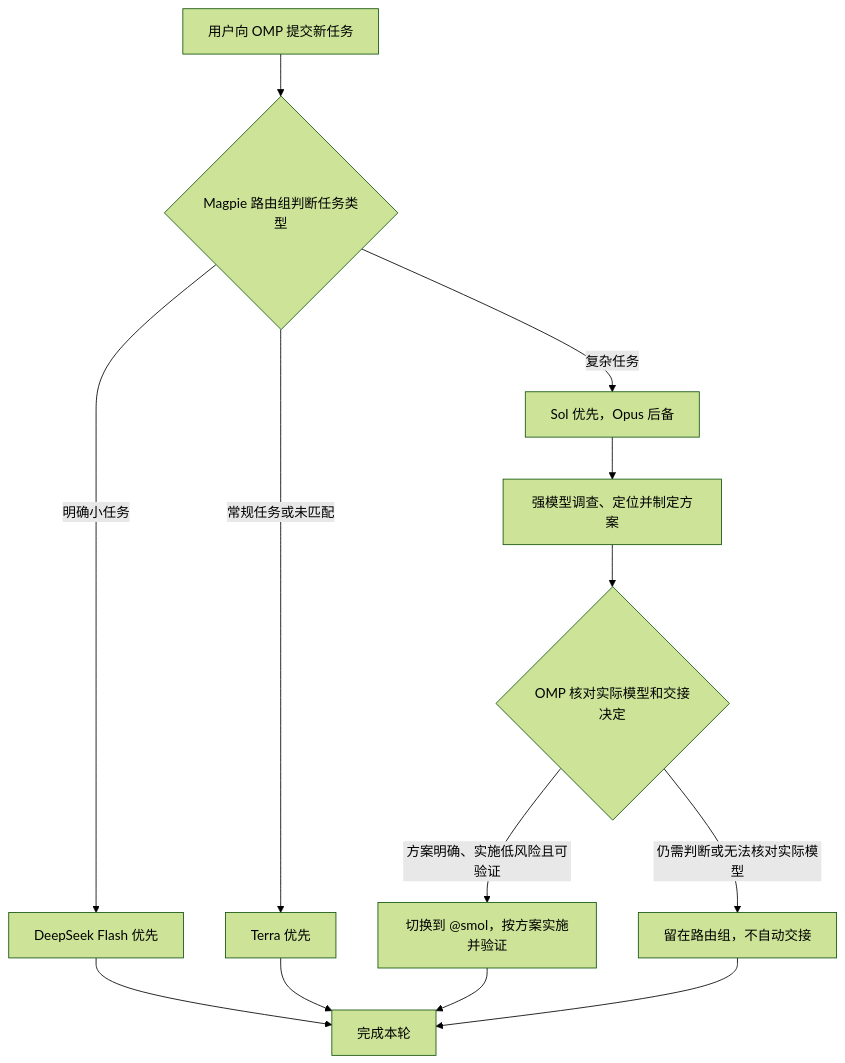
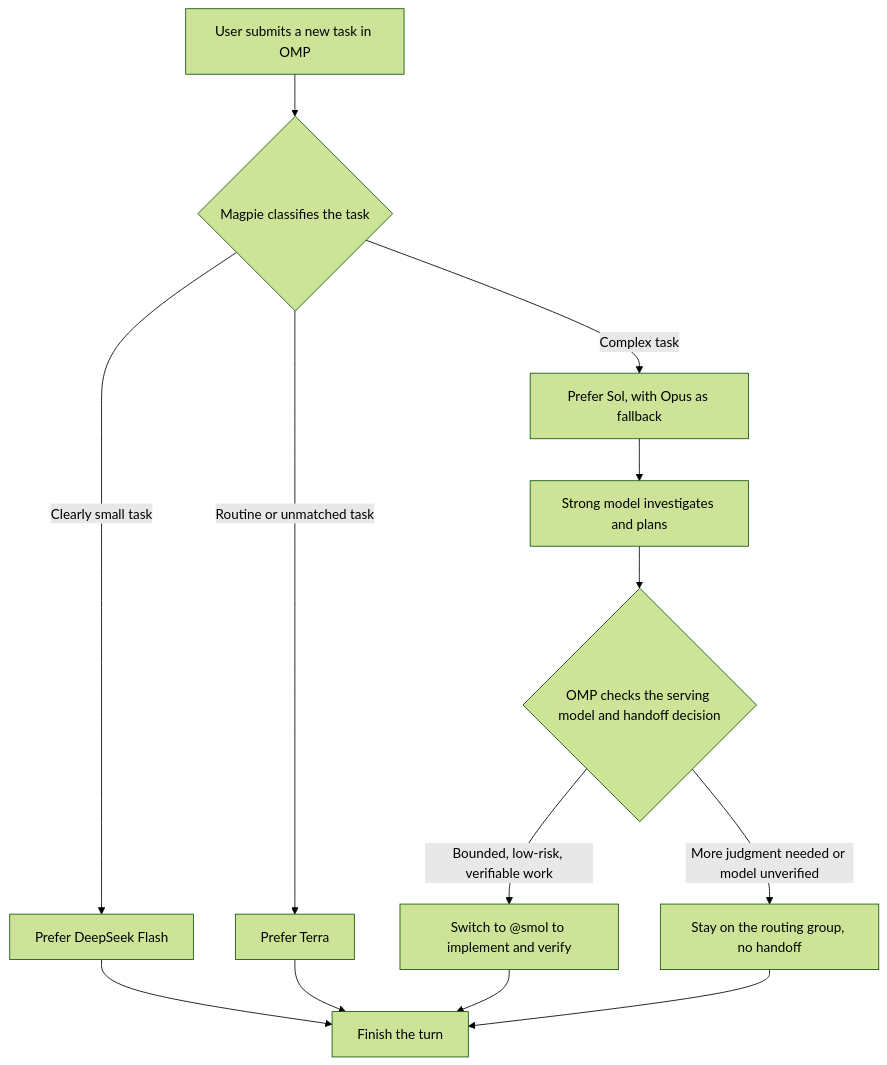
Before and after one commit to AtkinsonWen/omp-magpie-smart-workflow: the diagram in README.md, drawn with Mermaid (forest theme). The commit also changed other lines of this file, not shown here.

Commit message:
Keep the default README in English

````diff
--- a/README.md
+++ b/README.md
@@ -9,15 +11,15 @@
 ```mermaid
 flowchart TB
-    A[用户向 OMP 提交新任务] --> R{Magpie 路由组判断任务类型}
-    R -->|明确小任务| F[DeepSeek Flash 优先]
-    R -->|常规任务或未匹配| T[Terra 优先]
-    R -->|复杂任务| S[Sol 优先，Opus 后备]
-    F --> D[完成本轮]
+    A[User submits a new task in OMP] --> R{Magpie classifies the task}
+    R -->|Clearly small task| F[Prefer DeepSeek Flash]
+    R -->|Routine or unmatched task| T[Prefer Terra]
+    R -->|Complex task| S[Prefer Sol, with Opus as fallback]
+    F --> D[Finish the turn]
     T --> D
-    S --> P[强模型调查、定位并制定方案]
-    P --> H{OMP 核对实际模型和交接决定}
-    H -->|方案明确、实施低风险且可验证| I[切换到 @smol，按方案实施并验证]
-    H -->|仍需判断或无法核对实际模型| K[留在路由组，不自动交接]
+    S --> P[Strong model investigates and plans]
+    P --> H{OMP checks the serving model and handoff decision}
+    H -->|Bounded, low-risk, verifiable work| I[Switch to @smol to implement and verify]
+    H -->|More judgment needed or model unverified| K[Stay on the routing group, no handoff]
     I --> D
     K --> D
 ```
````
